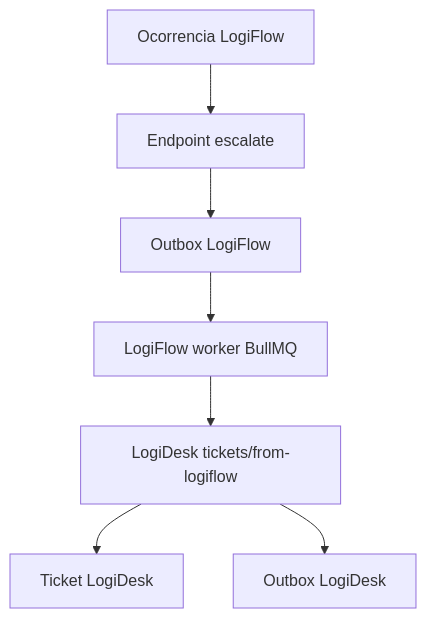
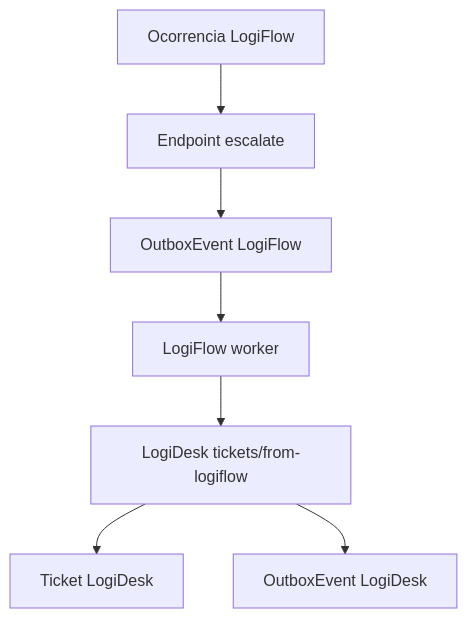
Before and after one commit to llucass1998/Nesher-Tech-Solutions: the diagram in docs/INTEGRATION.md, drawn with Mermaid. The commit also changed other lines of this file and 9 other files, not shown here.

````diff
--- a/docs/INTEGRATION.md
+++ b/docs/INTEGRATION.md
@@ -19,9 +22,9 @@
 ```mermaid
 flowchart TD
   Occurrence[Ocorrencia LogiFlow] --> Escalate[Endpoint escalate]
-  Escalate --> LFOutbox[Outbox LogiFlow]
-  LFOutbox --> LFWorker[LogiFlow worker BullMQ]
+  Escalate --> LFOutbox[OutboxEvent LogiFlow]
+  LFOutbox --> LFWorker[LogiFlow worker]
   LFWorker --> DeskAPI[LogiDesk tickets/from-logiflow]
   DeskAPI --> Ticket[Ticket LogiDesk]
-  DeskAPI --> DeskOutbox[Outbox LogiDesk]
+  DeskAPI --> DeskOutbox[OutboxEvent LogiDesk]
 ```
````
